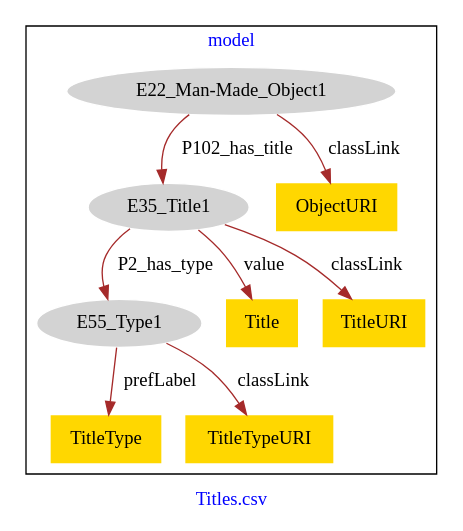
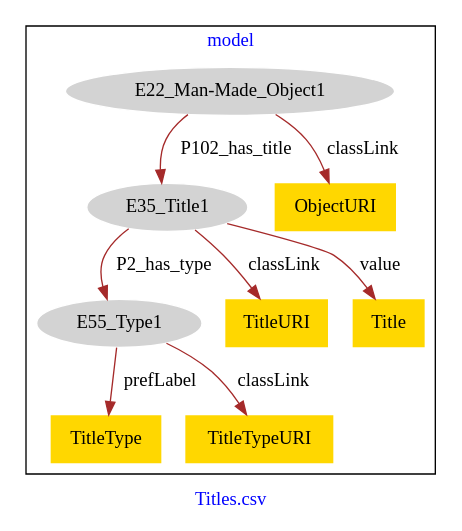
The diagram in Other_titles/Other_titles-model.dot (american-art/GM), drawn with Graphviz before and after one commit.

Commit message:
Update file Other_titles-model.dot

```diff
--- a/Other_titles/Other_titles-model.dot
+++ b/Other_titles/Other_titles-model.dot
@@ -1,23 +1,23 @@
 digraph n0 {
 fontcolor="blue"
 remincross="true"
 label="Titles.csv"
 subgraph cluster {
 label="model"
 n2[style="filled",color="white",fillcolor="lightgray",label="E22_Man-Made_Object1"];
 n3[style="filled",color="white",fillcolor="lightgray",label="E35_Title1"];
 n4[style="filled",color="white",fillcolor="lightgray",label="E55_Type1"];
-n5[shape="plaintext",style="filled",fillcolor="gold",label="Title"];
-n6[shape="plaintext",style="filled",fillcolor="gold",label="TitleType"];
-n7[shape="plaintext",style="filled",fillcolor="gold",label="TitleTypeURI"];
-n8[shape="plaintext",style="filled",fillcolor="gold",label="ObjectURI"];
-n9[shape="plaintext",style="filled",fillcolor="gold",label="TitleURI"];
+n5[shape="plaintext",style="filled",fillcolor="gold",label="TitleType"];
+n6[shape="plaintext",style="filled",fillcolor="gold",label="TitleURI"];
+n7[shape="plaintext",style="filled",fillcolor="gold",label="ObjectURI"];
+n8[shape="plaintext",style="filled",fillcolor="gold",label="Title"];
+n9[shape="plaintext",style="filled",fillcolor="gold",label="TitleTypeURI"];
 }
 n2 -> n3[color="brown",fontcolor="black",label="P102_has_title"]
 n3 -> n4[color="brown",fontcolor="black",label="P2_has_type"]
-n3 -> n5[color="brown",fontcolor="black",label="value"]
-n4 -> n6[color="brown",fontcolor="black",label="prefLabel"]
-n4 -> n7[color="brown",fontcolor="black",label="classLink"]
-n2 -> n8[color="brown",fontcolor="black",label="classLink"]
-n3 -> n9[color="brown",fontcolor="black",label="classLink"]
+n4 -> n5[color="brown",fontcolor="black",label="prefLabel"]
+n3 -> n6[color="brown",fontcolor="black",label="classLink"]
+n2 -> n7[color="brown",fontcolor="black",label="classLink"]
+n3 -> n8[color="brown",fontcolor="black",label="value"]
+n4 -> n9[color="brown",fontcolor="black",label="classLink"]
 }
```
